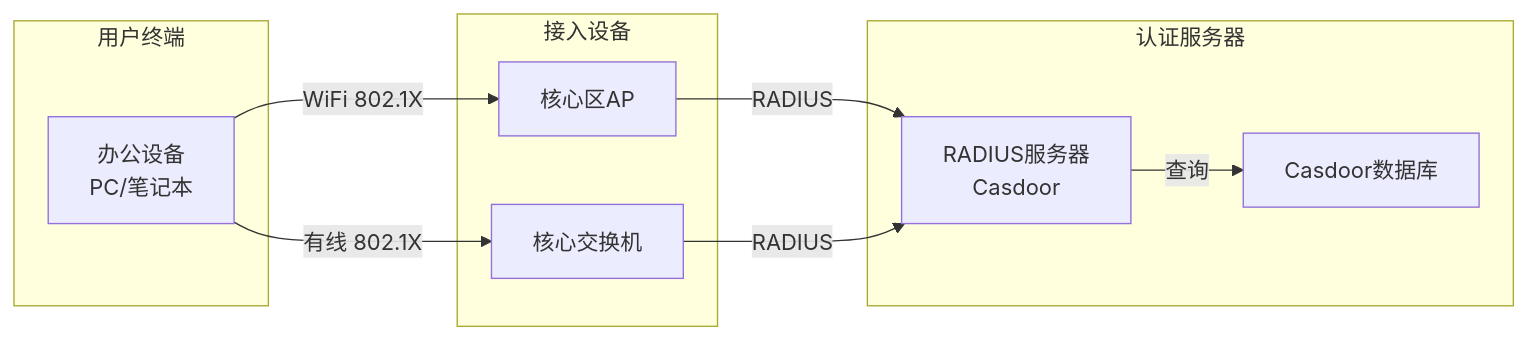
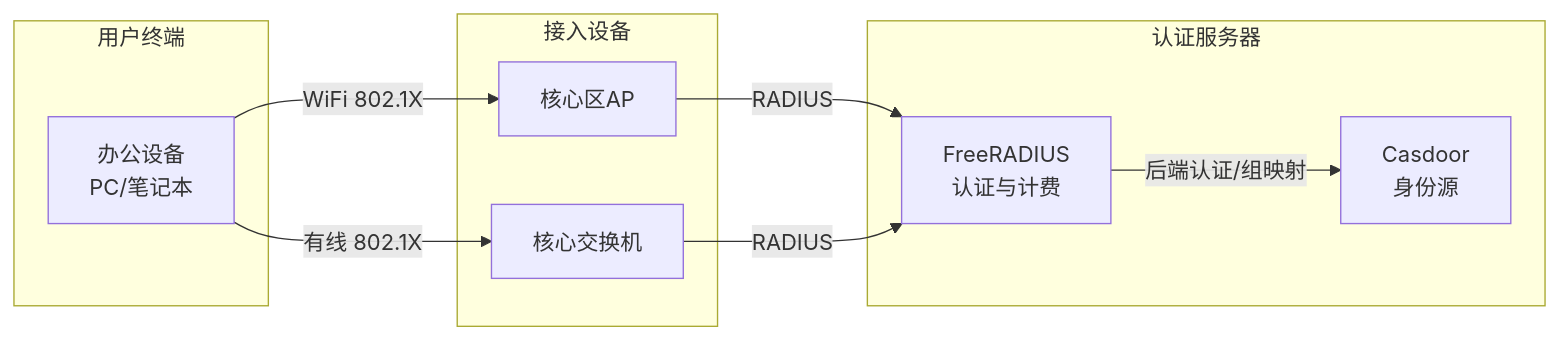
One commit to stars-labs/full-it-infra-design-docs changed the diagram in src/content/docs/03-architecture/network-design/wireless.md. Above: the diagram before and after it, drawn with Mermaid. The commit also changed other lines of this file and 14 other files, not shown here.

First line of the commit message:
docs: modernize infrastructure architecture

````diff
--- a/src/content/docs/03-architecture/network-design/wireless.md
+++ b/src/content/docs/03-architecture/network-design/wireless.md
@@ -12,22 +13,22 @@
 ```mermaid
 graph LR
     subgraph "用户终端"
         USER[办公设备<br/>PC/笔记本]
     end
 
     subgraph "接入设备"
         AP[核心区AP]
         SWITCH[核心交换机]
     end
 
     subgraph "认证服务器"
-        RADIUS[RADIUS服务器<br/>Casdoor]
-        LDAP[Casdoor数据库]
+        RADIUS[FreeRADIUS<br/>认证与计费]
+        IDP[Casdoor<br/>身份源]
     end
 
     USER -->|WiFi 802.1X| AP
     USER -->|有线 802.1X| SWITCH
     AP -->|RADIUS| RADIUS
     SWITCH -->|RADIUS| RADIUS
-    RADIUS -->|查询| LDAP
+    RADIUS -->|后端认证/组映射| IDP
 ```
````
